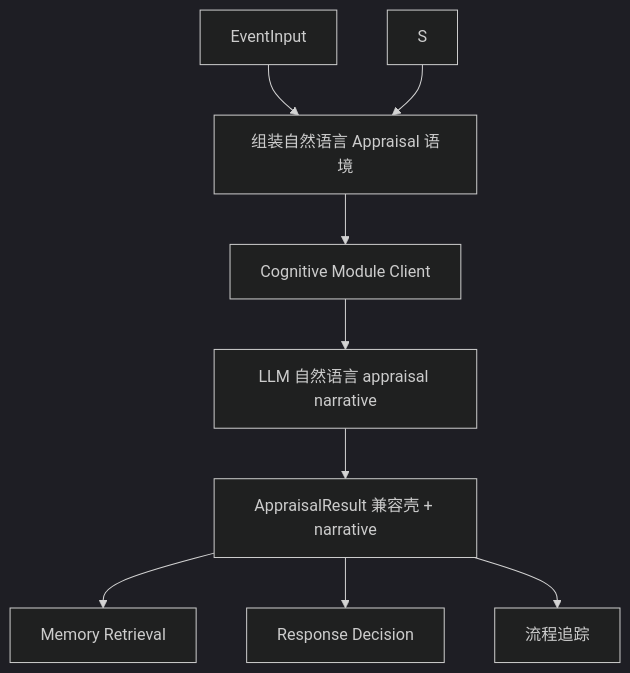
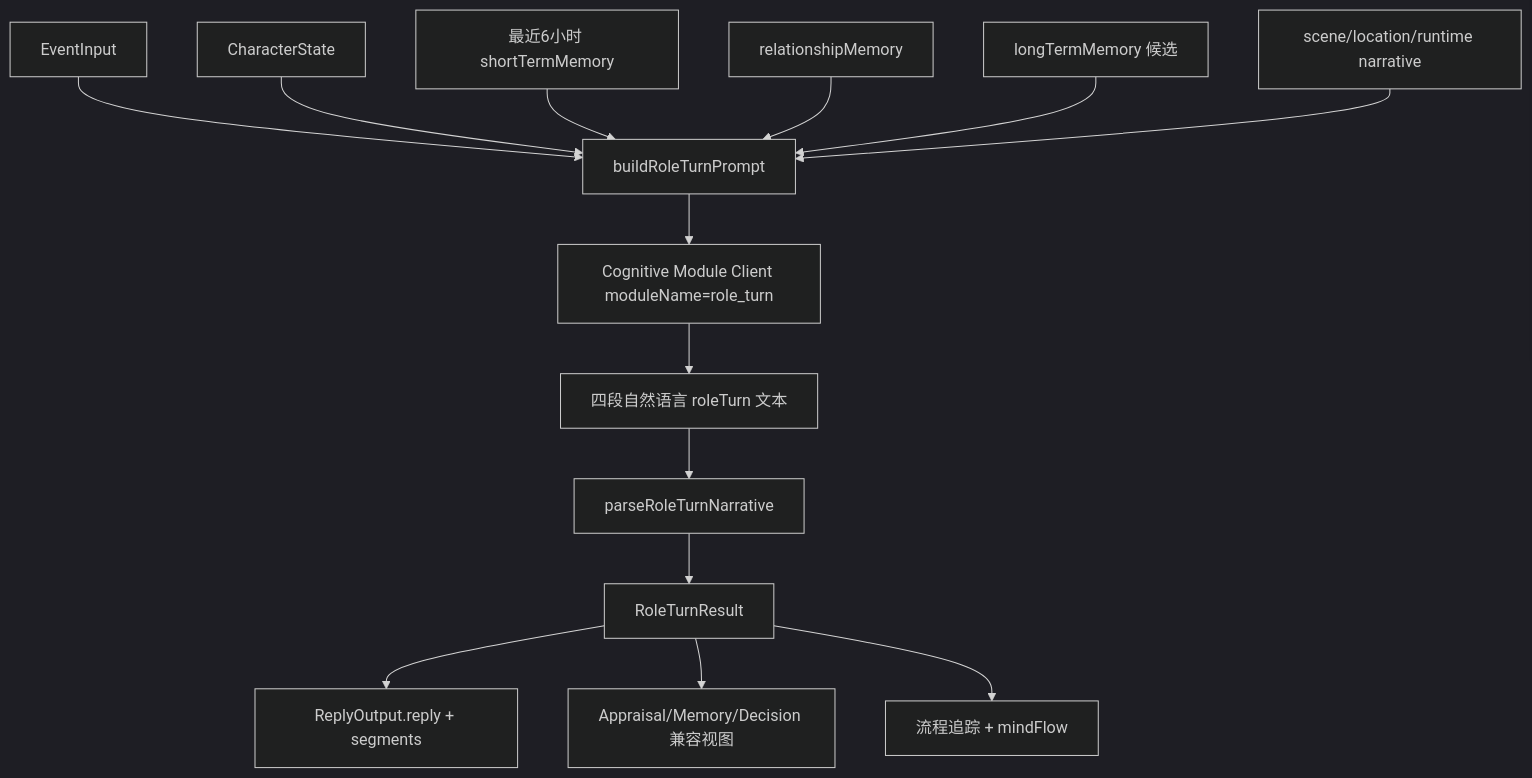
Before and after one commit to ttmanthatman/virtual-human-flow: diagram 16 of 32 in docs/SYSTEM_FLOW.md, drawn with Mermaid (dark theme). The commit also changed other lines of this file and 17 other files, not shown here.

Commit message:
refactor: unify conversation role turn

````diff
--- a/docs/SYSTEM_FLOW.md
+++ b/docs/SYSTEM_FLOW.md
@@ -435,11 +432,16 @@
 ```mermaid
 flowchart TD
-    E["EventInput"] --> PROMPT["组装自然语言 Appraisal 语境"]
-    S --> PROMPT
-    PROMPT --> CLIENT["Cognitive Module Client"]
-    CLIENT --> RAW["LLM 自然语言 appraisal narrative"]
-    RAW --> OUT["AppraisalResult 兼容壳 + narrative"]
-    OUT --> MEM["Memory Retrieval"]
-    OUT --> DECISION["Response Decision"]
-    OUT --> TRACE["流程追踪"]
+    E["EventInput"] --> PROMPT["buildRoleTurnPrompt"]
+    S["CharacterState"] --> PROMPT
+    STM["最近6小时 shortTermMemory"] --> PROMPT
+    RM["relationshipMemory"] --> PROMPT
+    LTM["longTermMemory 候选"] --> PROMPT
+    SCENE["scene/location/runtime narrative"] --> PROMPT
+    PROMPT --> CLIENT["Cognitive Module Client moduleName=role_turn"]
+    CLIENT --> RAW["四段自然语言 roleTurn 文本"]
+    RAW --> PARSE["parseRoleTurnNarrative"]
+    PARSE --> RESULT["RoleTurnResult"]
+    RESULT --> REPLY["ReplyOutput.reply + segments"]
+    RESULT --> VIEWS["Appraisal/Memory/Decision 兼容视图"]
+    RESULT --> TRACE["流程追踪 + mindFlow"]
 ```
````
